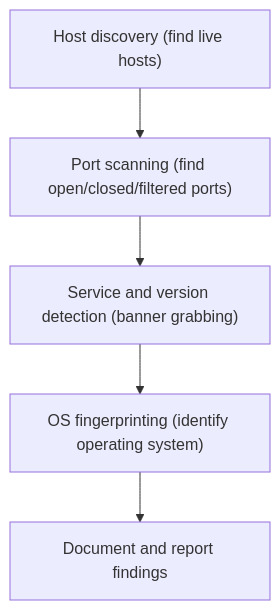
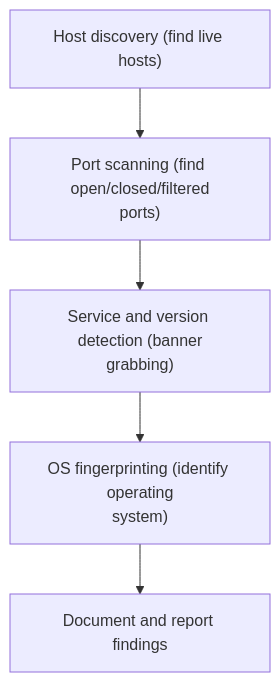
Before and after one commit to morandeirachema/WallixCerts: the second of 2 diagrams in ceh/domains/03-scanning-networks.md, drawn with Mermaid. The commit also changed 37 other files, not shown here.

First line of the commit message:
Make Mermaid node boxes fit their text (wrap long labels) + enforce it

````diff
--- a/ceh/domains/03-scanning-networks.md
+++ b/ceh/domains/03-scanning-networks.md
@@ -124,7 +124,7 @@
 ```mermaid
 flowchart TD
-    A["Host discovery (find live hosts)"] --> B["Port scanning (find open/closed/filtered ports)"]
-    B --> C["Service and version detection (banner grabbing)"]
-    C --> D["OS fingerprinting (identify operating system)"]
+    A["Host discovery (find live hosts)"] --> B["Port scanning (find open/closed/filtered<br/>ports)"]
+    B --> C["Service and version detection (banner<br/>grabbing)"]
+    C --> D["OS fingerprinting (identify operating<br/>system)"]
     D --> E["Document and report findings"]
 ```
````
